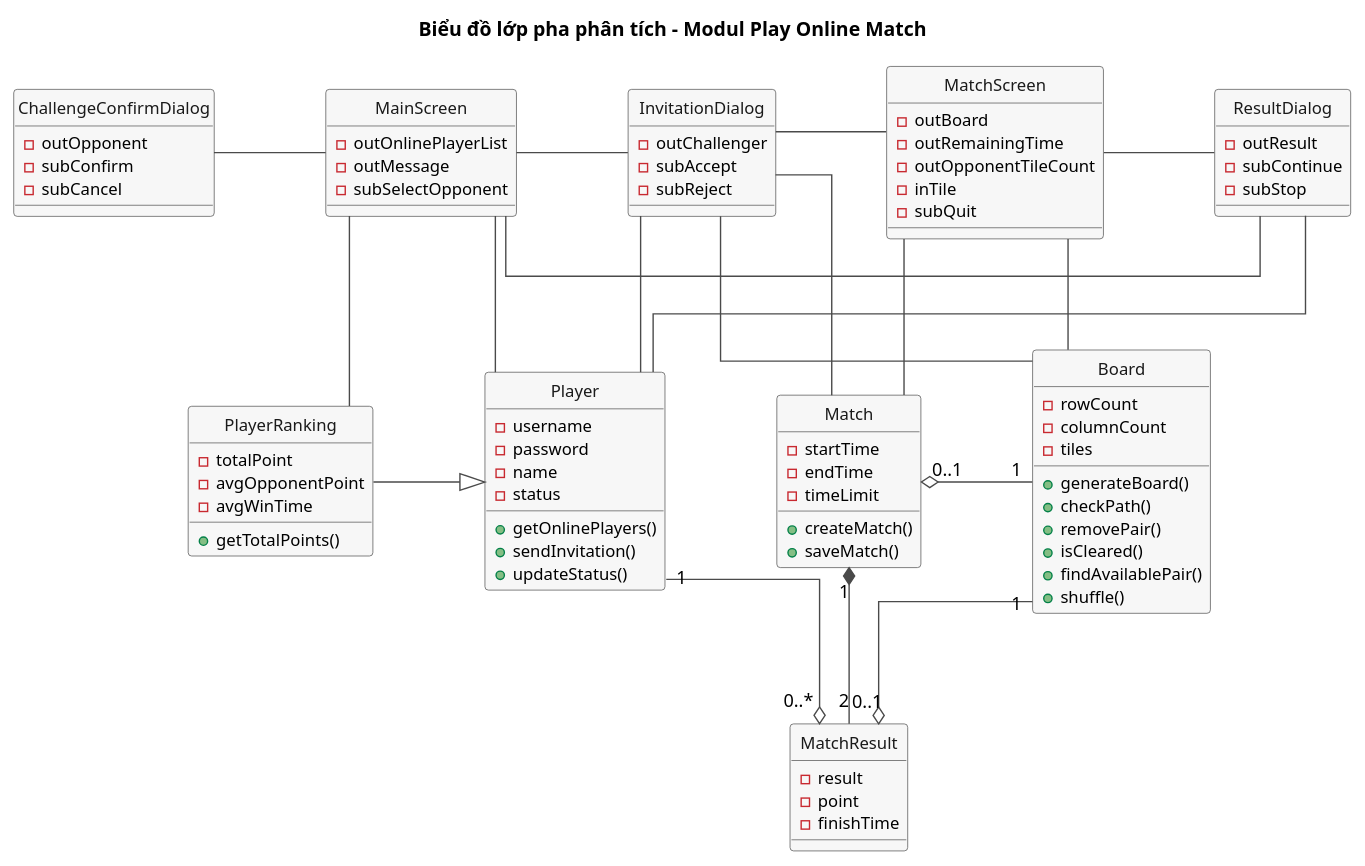
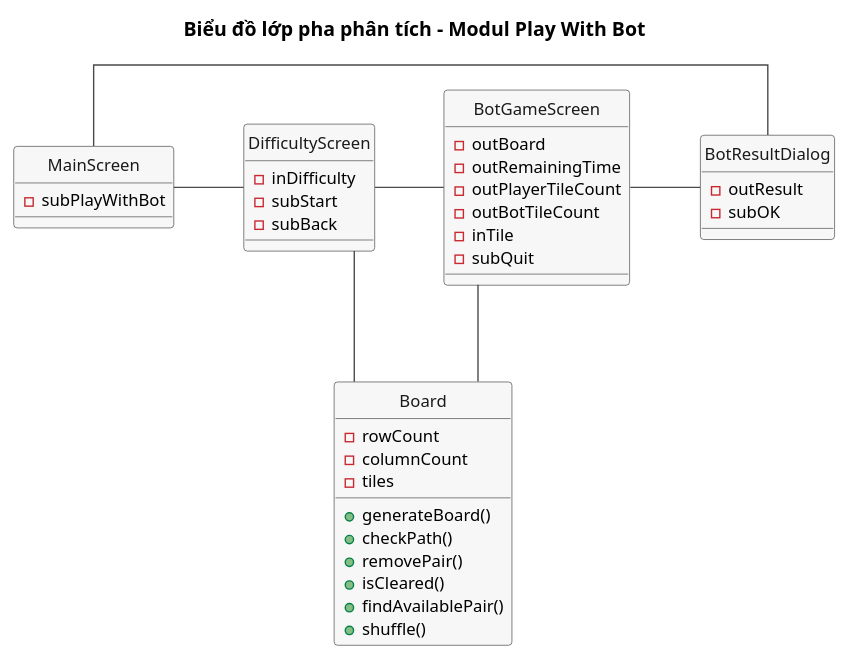
The diagram in docs/uml/pha2/class-analysis-m3.puml (VattenL/mobile-pikachu), drawn with PlantUML before and after one commit. The commit also changed 75 other files, not shown here.

```diff
--- a/docs/uml/pha2/class-analysis-m3.puml
+++ b/docs/uml/pha2/class-analysis-m3.puml
@@ -1,115 +1,63 @@
 @startuml class-analysis-m3
-title Biểu đồ lớp pha phân tích - Modul Play Online Match
+title Biểu đồ lớp pha phân tích - Modul Play With Bot
 
 hide circle
 skinparam shadowing false
 skinparam linetype ortho
-skinparam nodesep 80
-skinparam ranksep 80
+skinparam nodesep 50
+skinparam ranksep 70
 skinparam classFontSize 14
 skinparam classAttributeFontSize 12
 skinparam class {
   BackgroundColor #F7F7F7
   BorderColor #4A4A4A
   ArrowColor #4A4A4A
   FontColor #1A1A1A
 }
 
 ' ===== Tang 1: lop bien =====
 class MainScreen {
-  - outOnlinePlayerList
-  - outMessage
-  - subSelectOpponent
+  - subPlayWithBot
 }
 
-class ChallengeConfirmDialog {
-  - outOpponent
-  - subConfirm
-  - subCancel
+class DifficultyScreen {
+  - inDifficulty
+  - subStart
+  - subBack
 }
 
-class InvitationDialog {
-  - outChallenger
-  - subAccept
-  - subReject
-}
-
-class MatchScreen {
+class BotGameScreen {
   - outBoard
   - outRemainingTime
-  - outOpponentTileCount
+  - outPlayerTileCount
+  - outBotTileCount
   - inTile
   - subQuit
 }
 
-class ResultDialog {
+class BotResultDialog {
   - outResult
-  - subContinue
-  - subStop
+  - subOK
 }
 
 ' ===== Tang 2: lop thuc the =====
-class Player {
-  - username
-  - password
-  - name
-  - status
-  + getOnlinePlayers()
-  + sendInvitation()
-  + updateStatus()
-}
-
-class PlayerRanking {
-  - totalPoint
-  - avgOpponentPoint
-  - avgWinTime
-  + getTotalPoints()
-}
-
 class Board {
   - rowCount
   - columnCount
   - tiles
   + generateBoard()
   + checkPath()
   + removePair()
   + isCleared()
   + findAvailablePair()
   + shuffle()
 }
 
-class Match {
-  - startTime
-  - endTime
-  - timeLimit
-  + createMatch()
-  + saveMatch()
-}
+MainScreen -right- DifficultyScreen
+DifficultyScreen -right- BotGameScreen
+BotGameScreen -right- BotResultDialog
+BotResultDialog -[norank]- MainScreen
 
-class MatchResult {
-  - result
-  - point
-  - finishTime
-}
-
-MainScreen -left- ChallengeConfirmDialog
-MainScreen -right- InvitationDialog
-InvitationDialog -right- MatchScreen
-MatchScreen -right- ResultDialog
-ResultDialog -[norank]- MainScreen
-
-MainScreen -down- Player
-MainScreen -down- PlayerRanking
-InvitationDialog -down- Board
-InvitationDialog -down- Match
-InvitationDialog -down- Player
-MatchScreen -down- Board
-MatchScreen -down- Match
-ResultDialog -down- Player
-
-Player "1" -[norank]-o "0..*" MatchResult
-Match "1" *-down- "2" MatchResult
-Match "0..1" o-right- "1" Board
-MatchResult "0..1" o-[norank]- "1" Board
-PlayerRanking -[norank]-|> Player
+DifficultyScreen -down- Board
+BotGameScreen -down- Board
 @enduml
```
